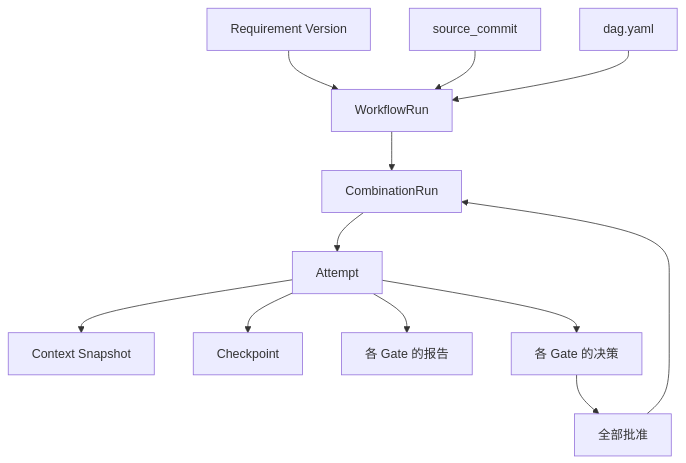
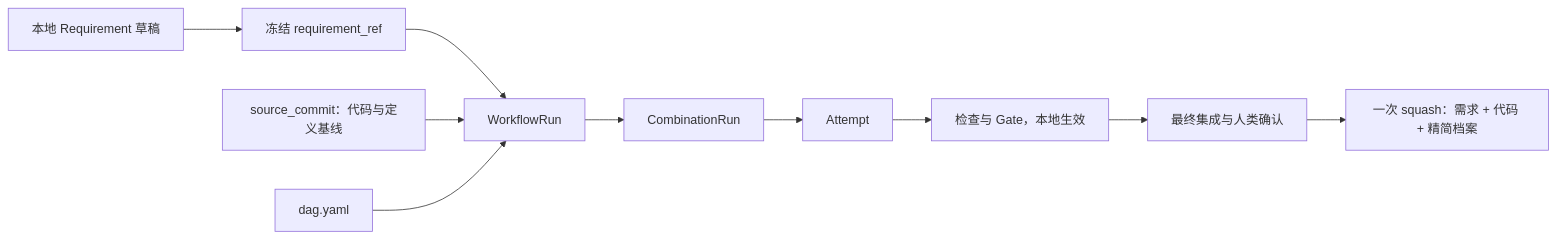
The first of 4 diagrams in design/02-requirement.md (LingMessy/facetloom), drawn with Mermaid before and after one commit. The commit also changed other lines of this file and 10 other files, not shown here.

````diff
--- a/design/02-requirement.md
+++ b/design/02-requirement.md
@@ -7,14 +7,12 @@
 ```mermaid
-flowchart TD
-    RV[Requirement Version] --> WR[WorkflowRun]
-    SC[source_commit] --> WR
+flowchart LR
+    R[本地 Requirement 草稿] --> F[冻结 requirement_ref]
+    F --> WR[WorkflowRun]
+    SC[source_commit：代码与定义基线] --> WR
     DAG[dag.yaml] --> WR
     WR --> CR[CombinationRun]
     CR --> AT[Attempt]
-    AT --> CS[Context Snapshot]
-    AT --> CP[Checkpoint]
-    AT --> GR[各 Gate 的报告]
-    AT --> GD[各 Gate 的决策]
-    GD --> ALL[全部批准]
-    ALL --> CR
+    AT --> G[检查与 Gate，本地生效]
+    G --> I[最终集成与人类确认]
+    I --> M[一次 squash：需求 + 代码 + 精简档案]
 ```
````
